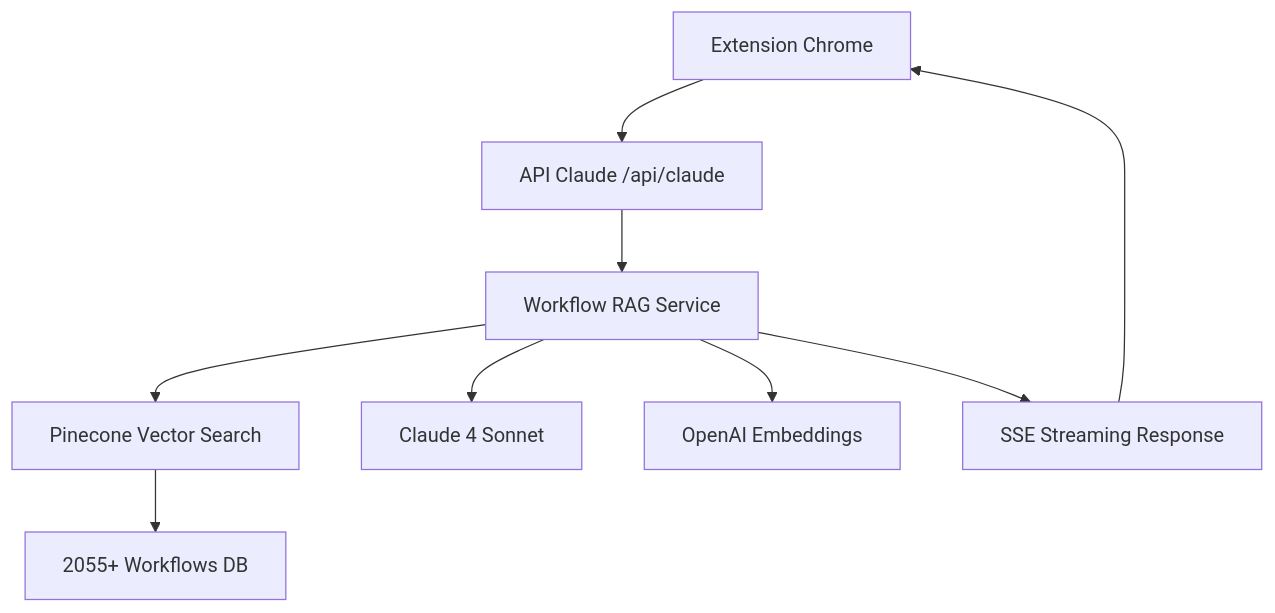
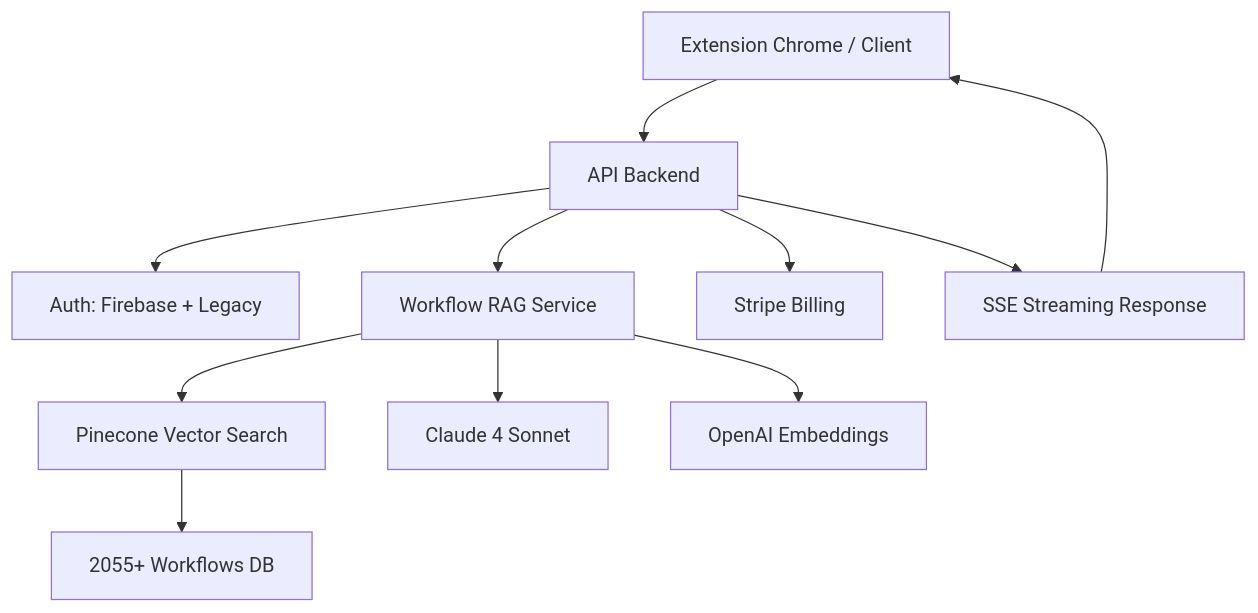
The diagram in api/README.md (tirones-123/vibe-n8n), drawn with Mermaid before and after one commit. The commit also changed other lines of this file and 10 other files, not shown here.

````diff
--- a/api/README.md
+++ b/api/README.md
@@ -17,11 +17,13 @@
 ```mermaid
 graph TD
-    A[Extension Chrome] --> B[API Claude /api/claude]
-    B --> C[Workflow RAG Service]
-    C --> D[Pinecone Vector Search]
-    C --> E[Claude 4 Sonnet]
-    C --> F[OpenAI Embeddings]
-    D --> G[2055+ Workflows DB]
-    C --> H[SSE Streaming Response]
-    H --> A
+    A[Extension Chrome / Client] --> B[API Backend]
+    B --> C[Auth: Firebase + Legacy]
+    B --> D[Workflow RAG Service]
+    D --> E[Pinecone Vector Search]
+    D --> F[Claude 4 Sonnet]
+    D --> G[OpenAI Embeddings]
+    E --> H[2055+ Workflows DB]
+    B --> I[Stripe Billing]
+    B --> J[SSE Streaming Response]
+    J --> A
 ```
````
